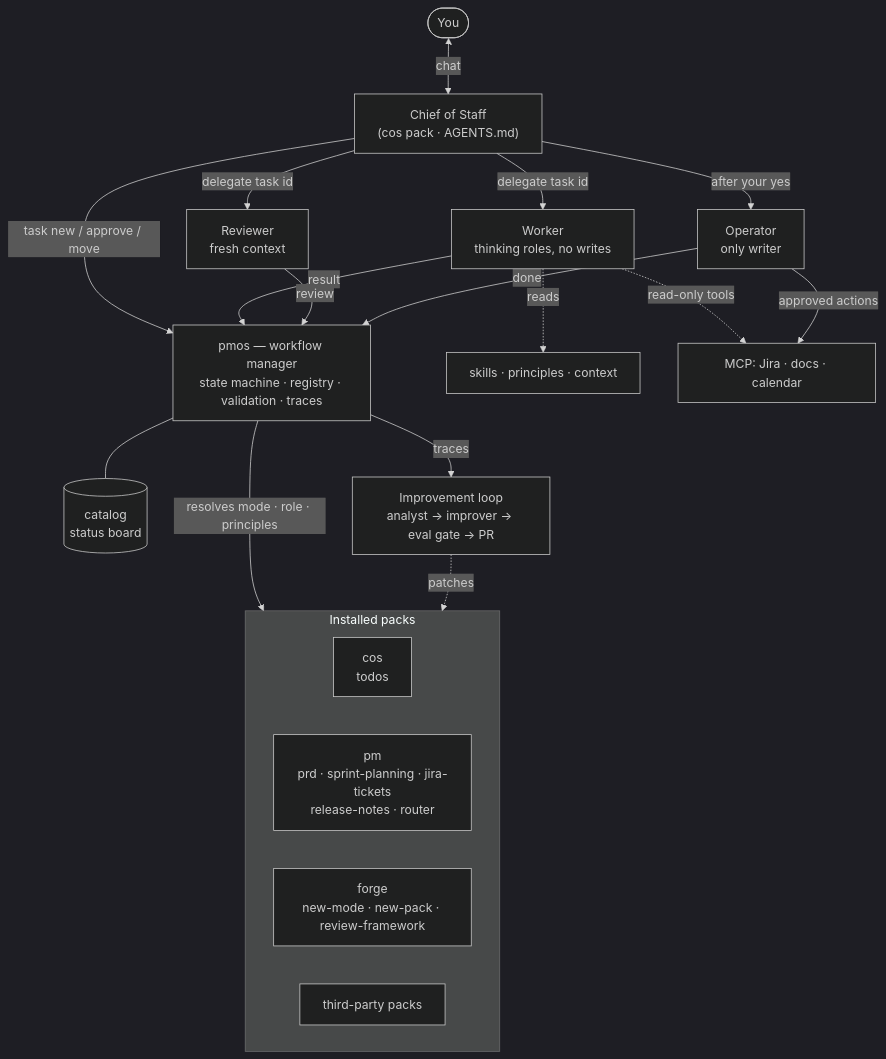
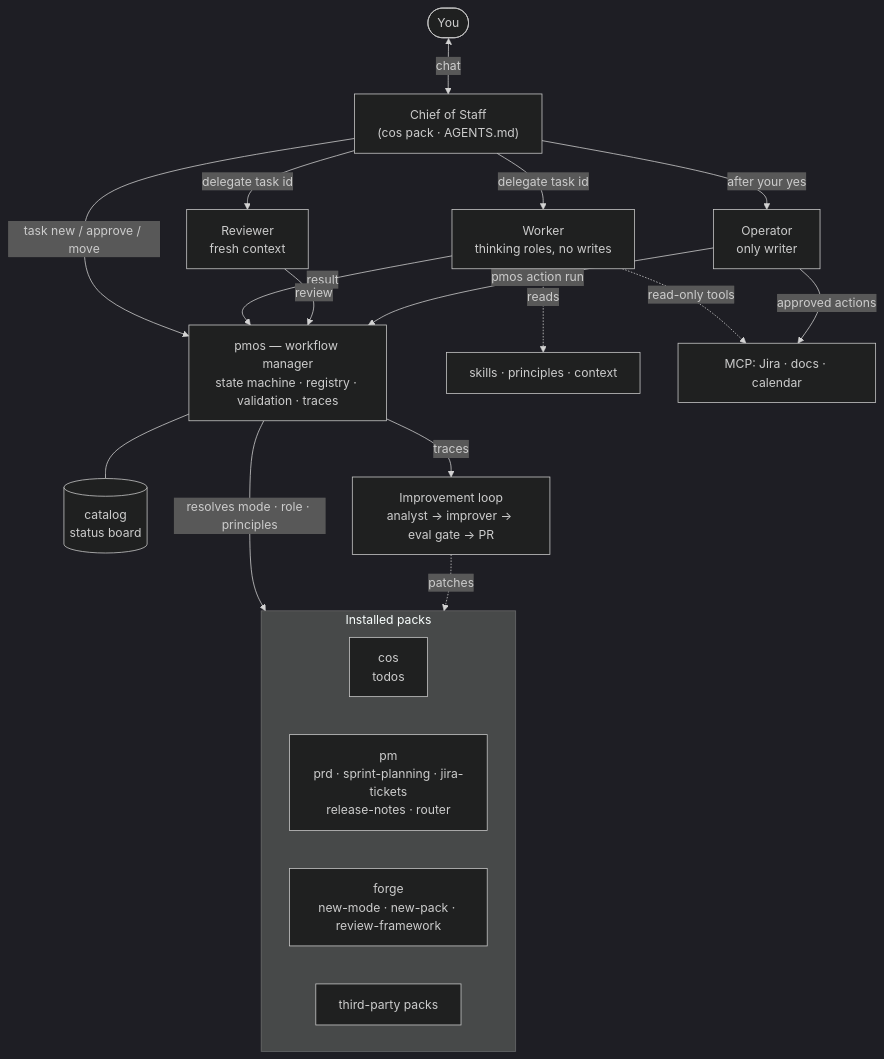
Before and after one commit to dgeorgiev06/pm-os: the diagram in docs/architecture.md, drawn with Mermaid (dark theme). The commit also changed other lines of this file and 42 other files, not shown here.

````diff
--- a/docs/architecture.md
+++ b/docs/architecture.md
@@ -13,25 +14,25 @@
 ```mermaid
 flowchart TB
   PM([You]) <-->|chat| COS["Chief of Staff<br/>(cos pack · AGENTS.md)"]
   COS -->|task new / approve / move| PMOS["pmos — workflow manager<br/>state machine · registry · validation · traces"]
   PMOS --- CAT[(catalog<br/>status board)]
   COS -->|delegate task id| W[Worker<br/>thinking roles, no writes]
   COS -->|delegate task id| R[Reviewer<br/>fresh context]
   COS -->|after your yes| O[Operator<br/>only writer]
   W -->|result| PMOS
   R -->|review| PMOS
-  O -->|done| PMOS
+  O -->|pmos action run| PMOS
   subgraph PACKS[Installed packs]
     direction LR
     COSP["cos<br/>todos"]
     PMP["pm<br/>prd · sprint-planning · jira-tickets<br/>release-notes · router"]
     FORGE["forge<br/>new-mode · new-pack · review-framework"]
     OTHER["third-party packs"]
   end
   PMOS -->|resolves mode · role · principles| PACKS
   W -. reads .-> SH["skills · principles · context"]
   W -. read-only tools .-> MCP["MCP: Jira · docs · calendar"]
   O -->|approved actions| MCP
   PMOS -->|traces| LOOP["Improvement loop<br/>analyst → improver → eval gate → PR"]
   LOOP -. patches .-> PACKS
 ```
````
